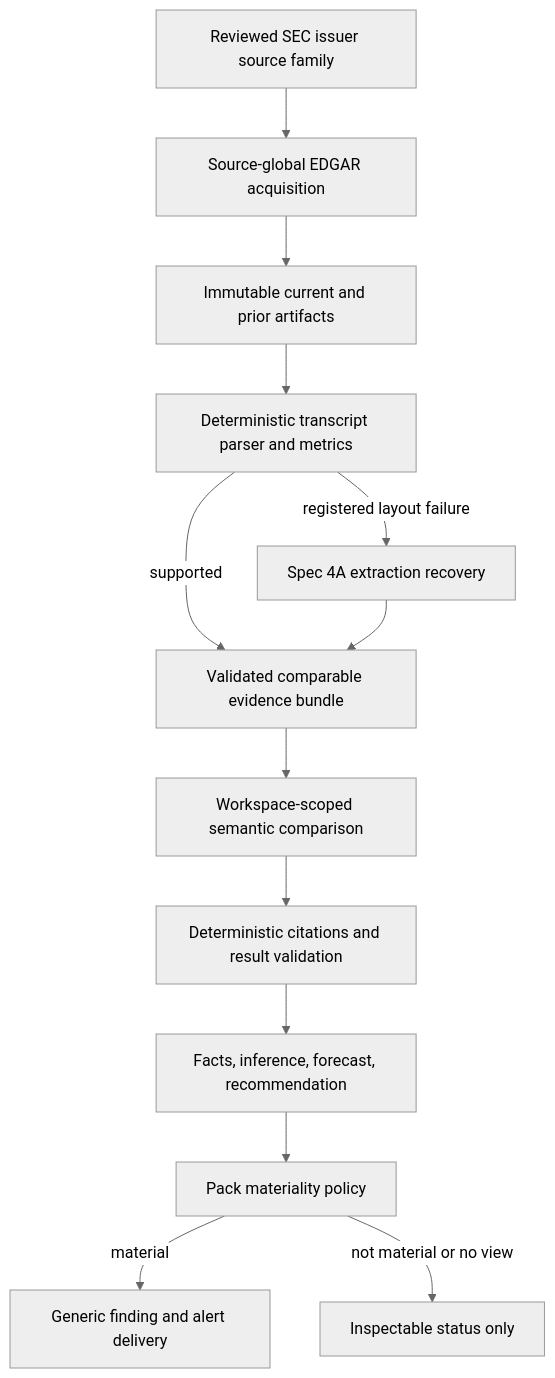
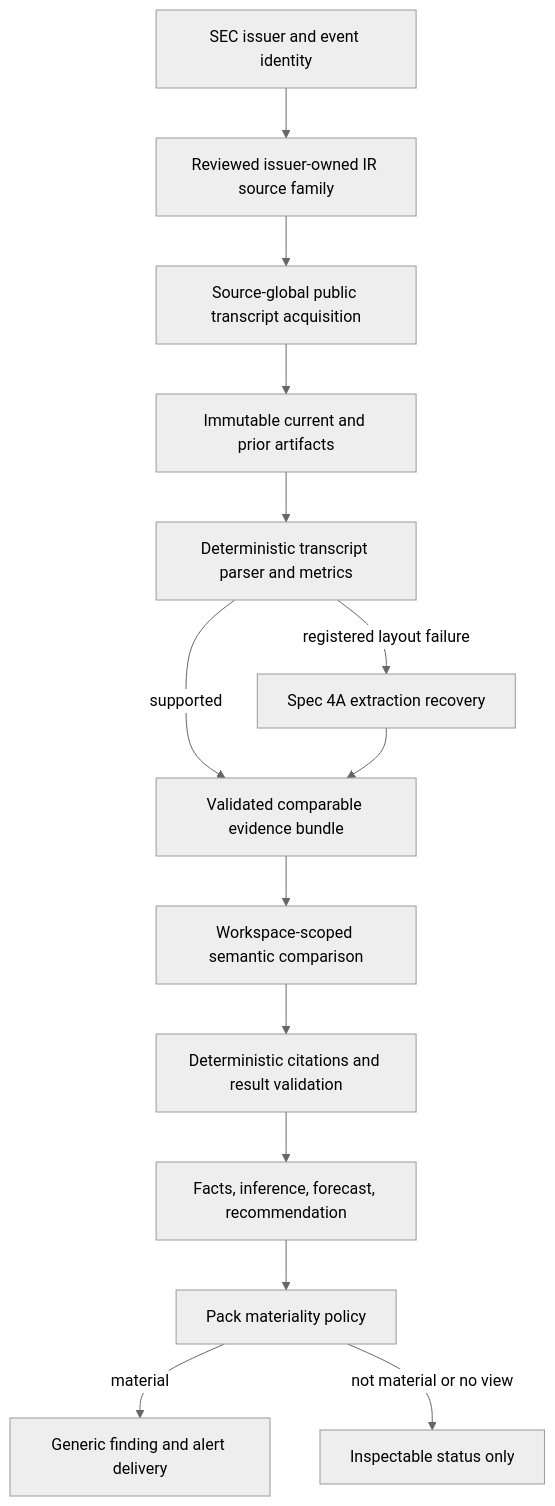
The diagram in specs/04b-earnings-call-changes.md (Must-be-Ash/adaam), drawn with Mermaid (neutral theme) before and after one commit. The commit also changed other lines of this file and 14 other files, not shown here.

````diff
--- a/specs/04b-earnings-call-changes.md
+++ b/specs/04b-earnings-call-changes.md
@@ -262,15 +265,16 @@
 ```mermaid
 flowchart TB
-    A["Reviewed SEC issuer source family"] --> B["Source-global EDGAR acquisition"]
-    B --> C["Immutable current and prior artifacts"]
-    C --> D["Deterministic transcript parser and metrics"]
+    A["SEC issuer and event identity"] --> B["Reviewed issuer-owned IR source family"]
+    B --> C["Source-global public transcript acquisition"]
+    C --> M["Immutable current and prior artifacts"]
+    M --> D["Deterministic transcript parser and metrics"]
     D -->|"supported"| F["Validated comparable evidence bundle"]
     D -->|"registered layout failure"| E["Spec 4A extraction recovery"]
     E --> F
     F --> G["Workspace-scoped semantic comparison"]
     G --> H["Deterministic citations and result validation"]
     H --> I["Facts, inference, forecast, recommendation"]
     I --> J["Pack materiality policy"]
     J -->|"material"| K["Generic finding and alert delivery"]
     J -->|"not material or no view"| L["Inspectable status only"]
 ```
````
